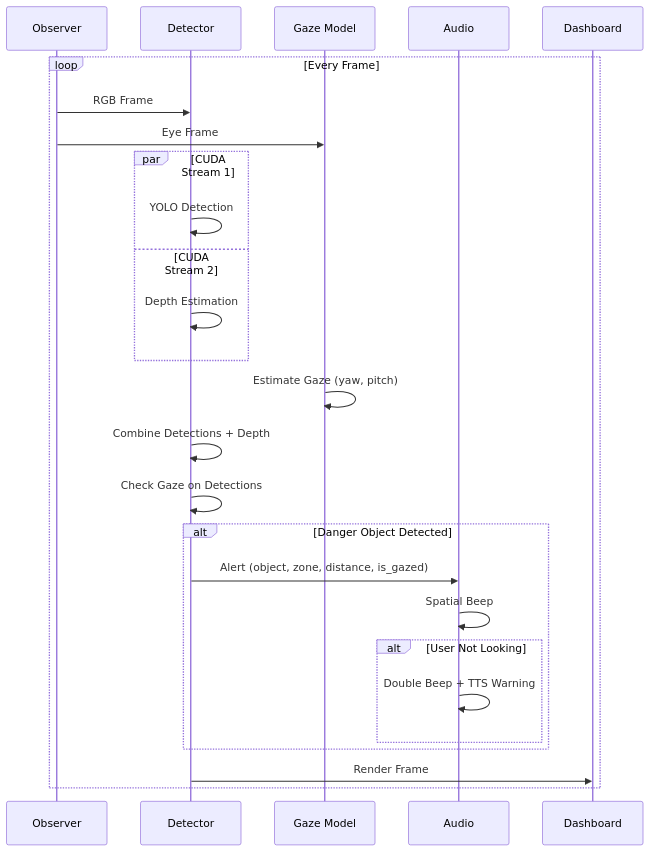
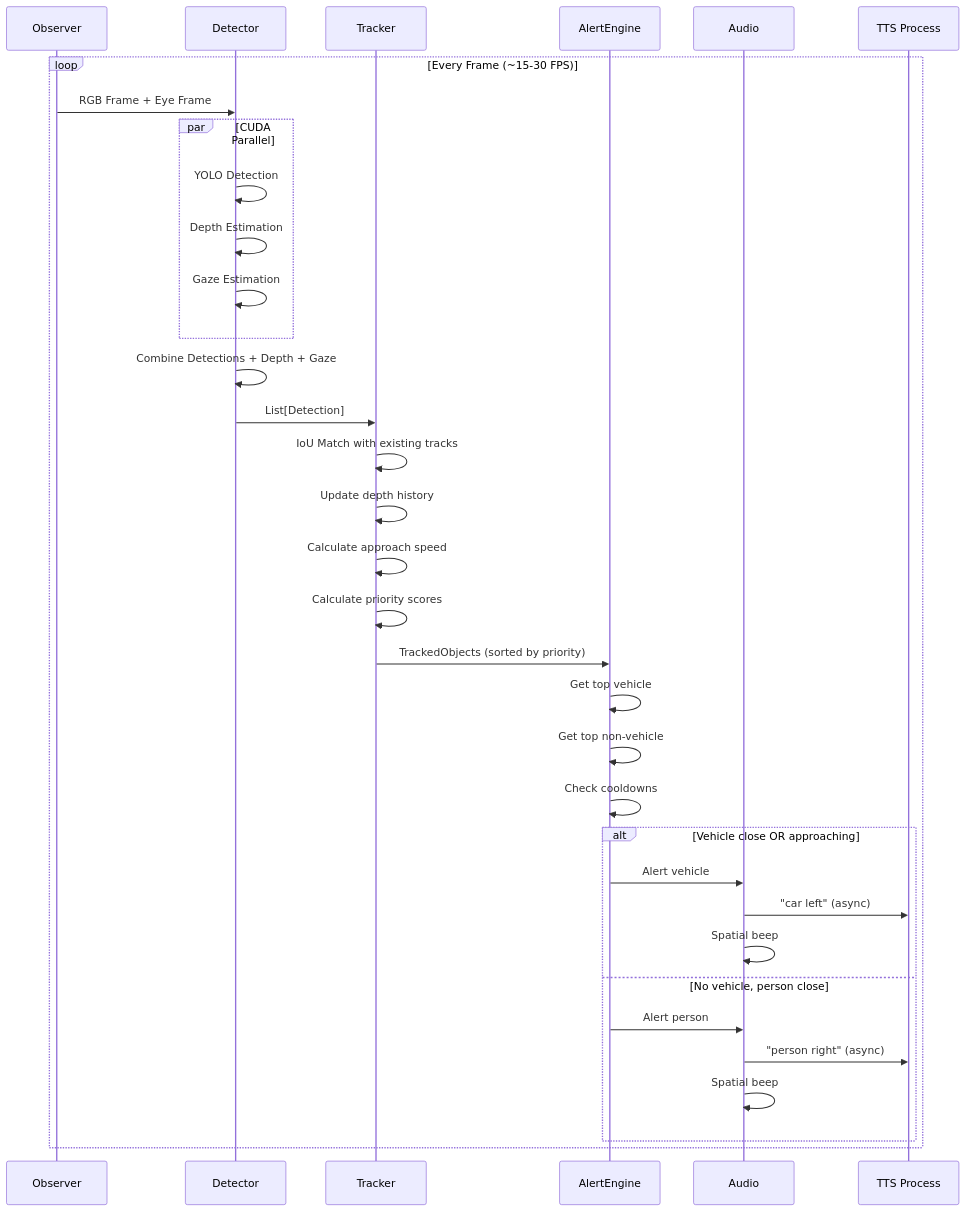
The second of 10 diagrams in docs/README.md (robertteleng/aria-demo), drawn with Mermaid before and after one commit. The commit also changed other lines of this file and 3 other files, not shown here.

First line of the commit message:
feat: add AlertDecisionEngine for smart alert prioritization

````diff
--- a/docs/README.md
+++ b/docs/README.md
@@ -75,34 +97,43 @@
 ```mermaid
 sequenceDiagram
     participant O as Observer
     participant D as Detector
-    participant G as Gaze Model
+    participant T as Tracker
+    participant E as AlertEngine
     participant A as Audio
-    participant V as Dashboard
+    participant TTS as TTS Process
 
-    loop Every Frame
-        O->>D: RGB Frame
-        O->>G: Eye Frame
+    loop Every Frame (~15-30 FPS)
+        O->>D: RGB Frame + Eye Frame
 
-        par CUDA Stream 1
+        par CUDA Parallel
             D->>D: YOLO Detection
-        and CUDA Stream 2
             D->>D: Depth Estimation
+            D->>D: Gaze Estimation
         end
 
-        G->>G: Estimate Gaze (yaw, pitch)
+        D->>D: Combine Detections + Depth + Gaze
+        D->>T: List[Detection]
 
-        D->>D: Combine Detections + Depth
-        D->>D: Check Gaze on Detections
+        T->>T: IoU Match with existing tracks
+        T->>T: Update depth history
+        T->>T: Calculate approach speed
+        T->>T: Calculate priority scores
 
-        alt Danger Object Detected
-            D->>A: Alert (object, zone, distance, is_gazed)
-            A->>A: Spatial Beep
-            alt User Not Looking
-                A->>A: Double Beep + TTS Warning
-            end
+        T->>E: TrackedObjects (sorted by priority)
+
+        E->>E: Get top vehicle
+        E->>E: Get top non-vehicle
+        E->>E: Check cooldowns
+
+        alt Vehicle close OR approaching
+            E->>A: Alert vehicle
+            A->>TTS: "car left" (async)
+            A->>A: Spatial beep
+        else No vehicle, person close
+            E->>A: Alert person
+            A->>TTS: "person right" (async)
+            A->>A: Spatial beep
         end
-
-        D->>V: Render Frame
     end
 ```
````
